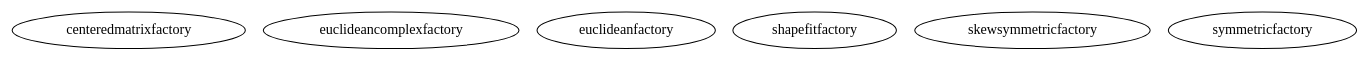
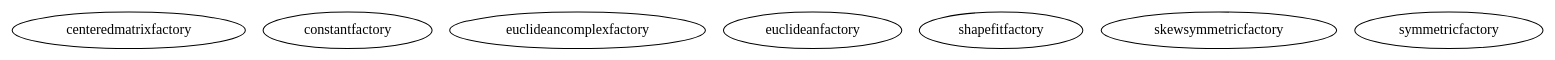
Before and after one commit to NicolasBoumal/manopt: the diagram in web/reference/manopt/manifolds/euclidean/graph.dot, drawn with Graphviz. The commit also changed 481 other files, not shown here.

```diff
--- a/web/reference/manopt/manifolds/euclidean/graph.dot
+++ b/web/reference/manopt/manifolds/euclidean/graph.dot
@@ -1,10 +1,11 @@
 /* Created by mdot for Matlab */
 digraph m2html {
 
   centeredmatrixfactory [URL="centeredmatrixfactory.html"];
+  constantfactory [URL="constantfactory.html"];
   euclideancomplexfactory [URL="euclideancomplexfactory.html"];
   euclideanfactory [URL="euclideanfactory.html"];
   shapefitfactory [URL="shapefitfactory.html"];
   skewsymmetricfactory [URL="skewsymmetricfactory.html"];
   symmetricfactory [URL="symmetricfactory.html"];
 }
```
